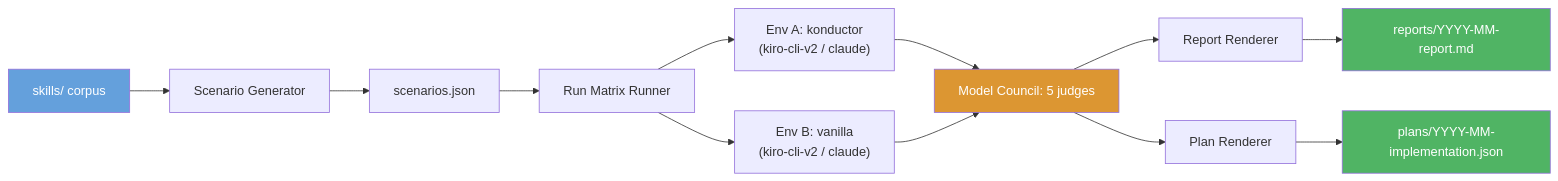
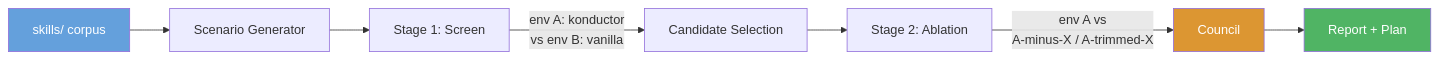
The first of 2 diagrams in .konductor/designs/benchmarking/design.md (aws-solutions/konductor), drawn with Mermaid before and after one commit. The commit also changed other lines of this file, not shown here.

First line of the commit message:
docs(benchmarking): rewrite as konductor-vs-vanilla screen plus per-skill ablation

````diff
--- a/.konductor/designs/benchmarking/design.md
+++ b/.konductor/designs/benchmarking/design.md
@@ -53,21 +61,15 @@
 ```mermaid
 flowchart LR
     A[skills/ corpus] --> B[Scenario Generator]
-    B --> C[scenarios.json]
-    C --> D[Run Matrix Runner]
-    D --> E["Env A: konductor
-    (kiro-cli-v2 / claude)"]
-    D --> F["Env B: vanilla
-    (kiro-cli-v2 / claude)"]
-    E --> G[Model Council: 5 judges]
-    F --> G
-    G --> H[Report Renderer]
-    G --> I[Plan Renderer]
-    H --> J[reports/YYYY-MM-report.md]
-    I --> K[plans/YYYY-MM-implementation.json]
+    B --> C[Stage 1: Screen]
+    C -->|"env A: konductor
+    vs env B: vanilla"| D[Candidate Selection]
+    D --> E[Stage 2: Ablation]
+    E -->|"env A vs
+    A-minus-X / A-trimmed-X"| F[Council]
+    F --> G[Report + Plan]
 
     style A fill:#64a0dc,color:#fff
-    style G fill:#dc9632,color:#fff
-    style J fill:#50b464,color:#fff
-    style K fill:#50b464,color:#fff
+    style F fill:#dc9632,color:#fff
+    style G fill:#50b464,color:#fff
 ```
````
